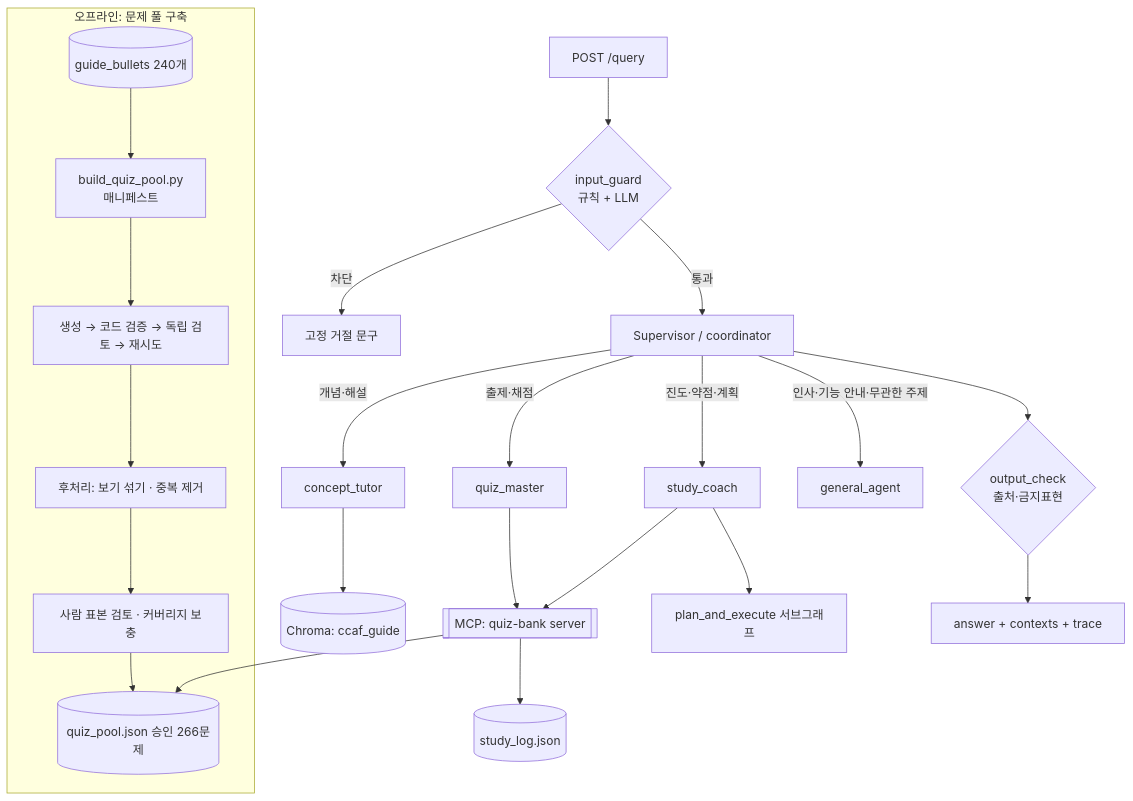
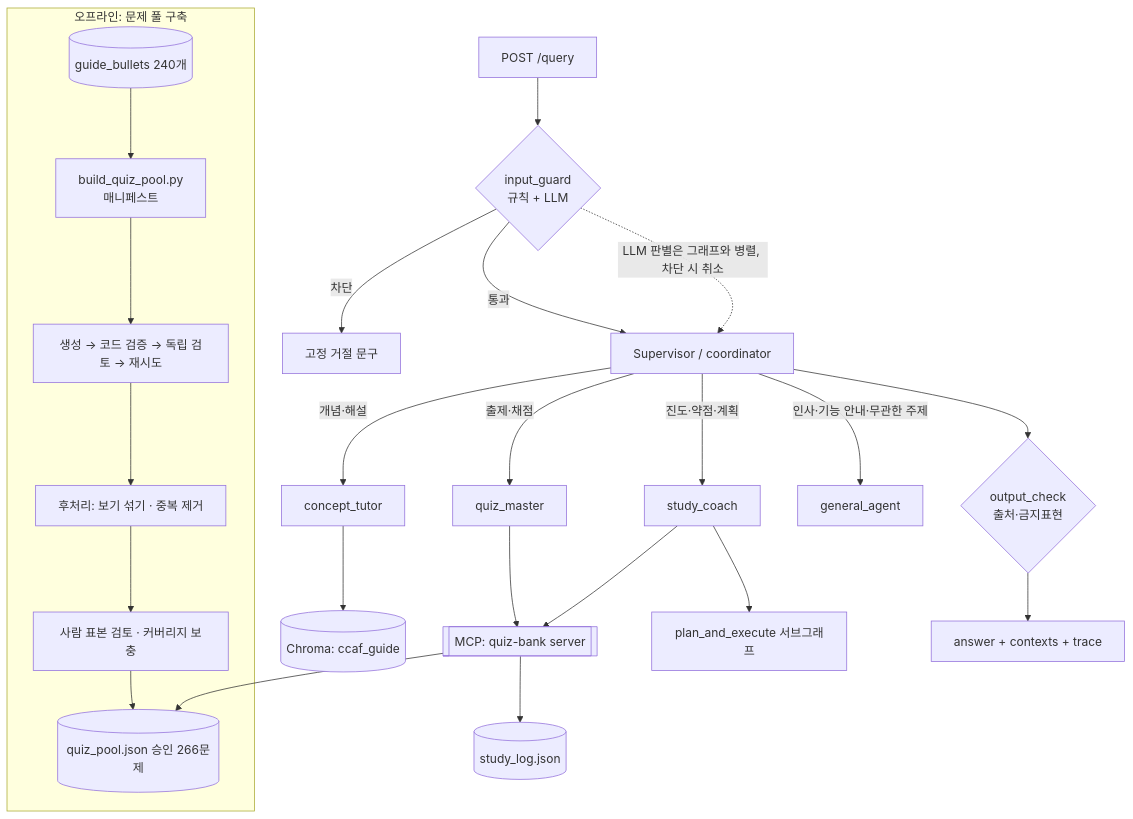
One commit to kainetic/ccaf-study-coach changed the diagram in docs/DESIGN.md. Above: the diagram before and after it, drawn with Mermaid. The commit also changed other lines of this file and 3 other files, not shown here.

````diff
--- a/docs/DESIGN.md
+++ b/docs/DESIGN.md
@@ -120,25 +120,26 @@
 ```mermaid
 flowchart TD
     subgraph OFFLINE[오프라인: 문제 풀 구축]
         B0[(guide_bullets 240개)] --> B1[build_quiz_pool.py<br/>매니페스트]
         B1 --> B2[생성 → 코드 검증 → 독립 검토 → 재시도]
         B2 --> B3[후처리: 보기 섞기 · 중복 제거]
         B3 --> B4[사람 표본 검토 · 커버리지 보충]
         B4 --> QP[(quiz_pool.json 승인 266문제)]
     end
     U[POST /query] --> G{input_guard<br/>규칙 + LLM}
     G -- 차단 --> R[고정 거절 문구]
     G -- 통과 --> S[Supervisor / coordinator]
     S -->|개념·해설| T[concept_tutor]
     S -->|출제·채점| Q[quiz_master]
     S -->|진도·약점·계획| C[study_coach]
     S -->|인사·기능 안내·무관한 주제| GA[general_agent]
     T --> V[(Chroma: ccaf_guide)]
     Q --> M[[MCP: quiz-bank server]]
     M --> QP
     M --> SL[(study_log.json)]
     C --> M
     C --> P[plan_and_execute 서브그래프]
     S --> O{output_check<br/>출처·금지표현}
+    G -. LLM 판별은 그래프와 병렬, 차단 시 취소 .-> S
     O --> A[answer + contexts + trace]
 ```
````
